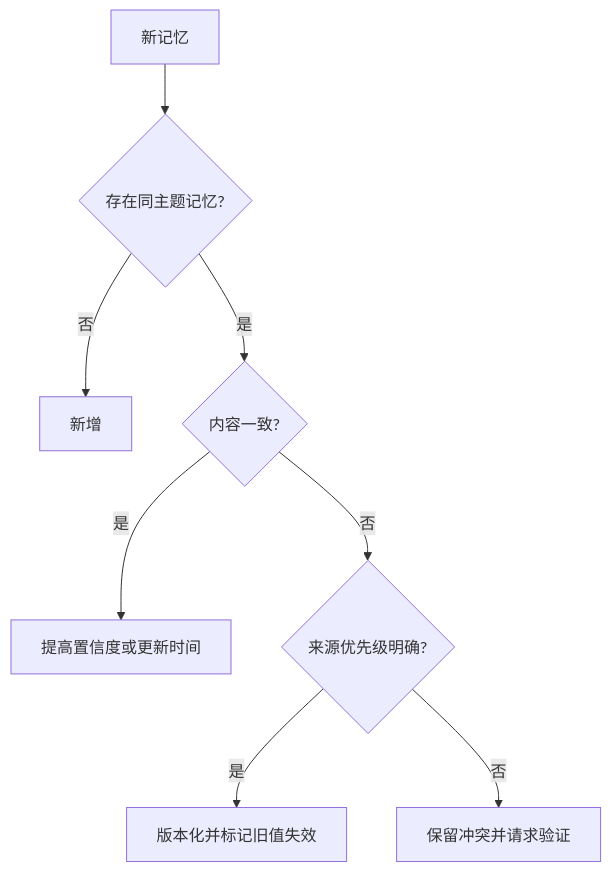
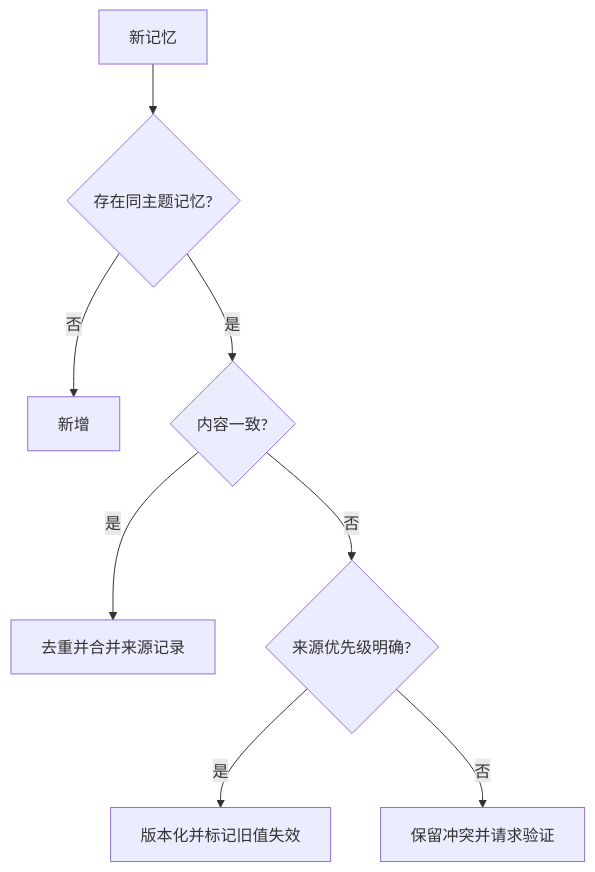
One commit to oneleaveknowsthefall/awesome-ai-roadmap changed diagram 11 of 15 in docs/agent/03-memory-context/07-agent-memory.md. Above: the diagram before and after it, drawn with Mermaid. The commit also changed other lines of this file and 50 other files, not shown here.

````diff
--- a/docs/agent/03-memory-context/07-agent-memory.md
+++ b/docs/agent/03-memory-context/07-agent-memory.md
@@ -635,10 +656,10 @@
 ```mermaid
 flowchart TB
     NEW[新记忆] --> MATCH{存在同主题记忆?}
     MATCH -->|否| ADD[新增]
     MATCH -->|是| SAME{内容一致?}
-    SAME -->|是| MERGE[提高置信度或更新时间]
+    SAME -->|是| MERGE[去重并合并来源记录]
     SAME -->|否| AUTH{来源优先级明确?}
     AUTH -->|是| VERSION[版本化并标记旧值失效]
     AUTH -->|否| CONFLICT[保留冲突并请求验证]
 ```
````
